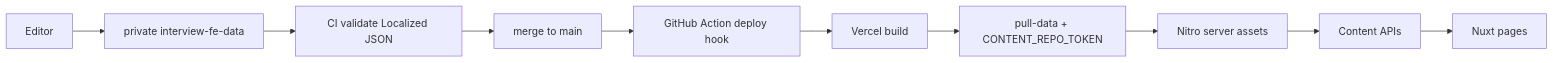
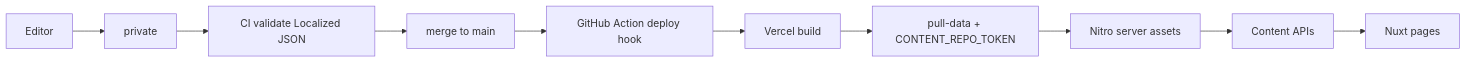
The first of 3 diagrams in README-vi.md (parker2808/interview-senior-fe), drawn with Mermaid before and after one commit. The commit also changed other lines of this file and 9 other files, not shown here.

````diff
--- a/README-vi.md
+++ b/README-vi.md
@@ -95,12 +95,12 @@
 ```mermaid
 flowchart LR
-  editor[Editor] --> dataRepo["private interview-fe-data"]
+  editor[Editor] --> dataRepo["private <private-content-repo>"]
   dataRepo --> ci[CI validate Localized JSON]
   ci --> main[merge to main]
   main --> hook[GitHub Action deploy hook]
   hook --> vercel[Vercel build]
   vercel --> pull["pull-data + CONTENT_REPO_TOKEN"]
   pull --> nitro[Nitro server assets]
   nitro --> apis[Content APIs]
   apis --> pages[Nuxt pages]
 ```
````
